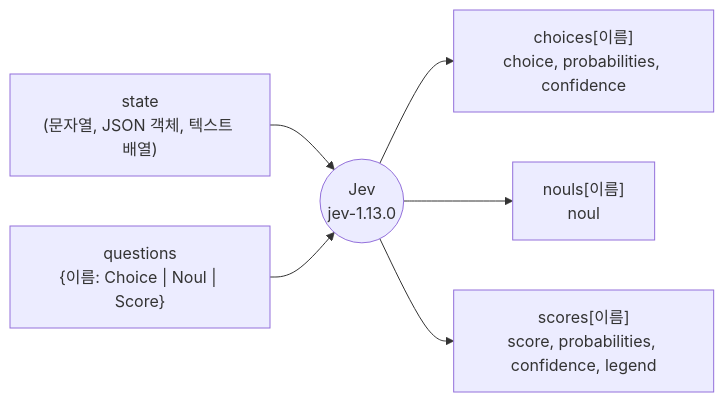
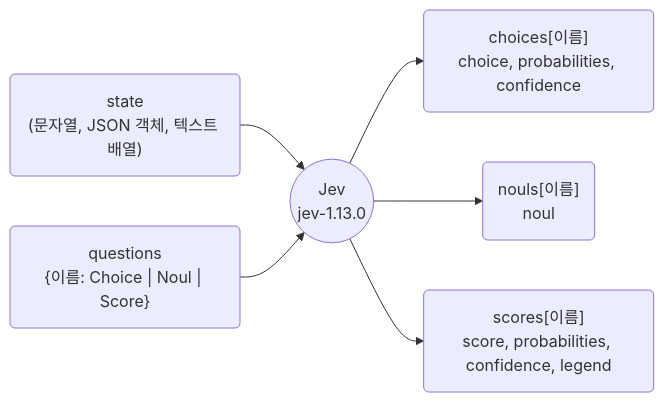
The first of 2 diagrams in docs/trends/posts/2026-10-18-jev-primitives.md (seujung/ai-research), drawn with Mermaid before and after one commit. The commit also changed other lines of this file and 176 other files, not shown here.

````diff
--- a/docs/trends/posts/2026-10-18-jev-primitives.md
+++ b/docs/trends/posts/2026-10-18-jev-primitives.md
@@ -38,8 +38,8 @@
 ```mermaid
 flowchart LR
-    S["state<br/>(문자열, JSON 객체, 텍스트 배열)"] --> J
-    Q["questions<br/>{이름: Choice | Noul | Score}"] --> J
-    J(("Jev<br/>jev-1.13.0")) --> A1["choices[이름]<br/>choice, probabilities, confidence"]
-    J --> A2["nouls[이름]<br/>noul"]
-    J --> A3["scores[이름]<br/>score, probabilities, confidence, legend"]
+    S("state<br/>(문자열, JSON 객체, 텍스트 배열)") --> J
+    Q("questions<br/>{이름: Choice | Noul | Score}") --> J
+    J(("Jev<br/>jev-1.13.0")) --> A1("choices[이름]<br/>choice, probabilities, confidence")
+    J --> A2("nouls[이름]<br/>noul")
+    J --> A3("scores[이름]<br/>score, probabilities, confidence, legend")
 ```
````
